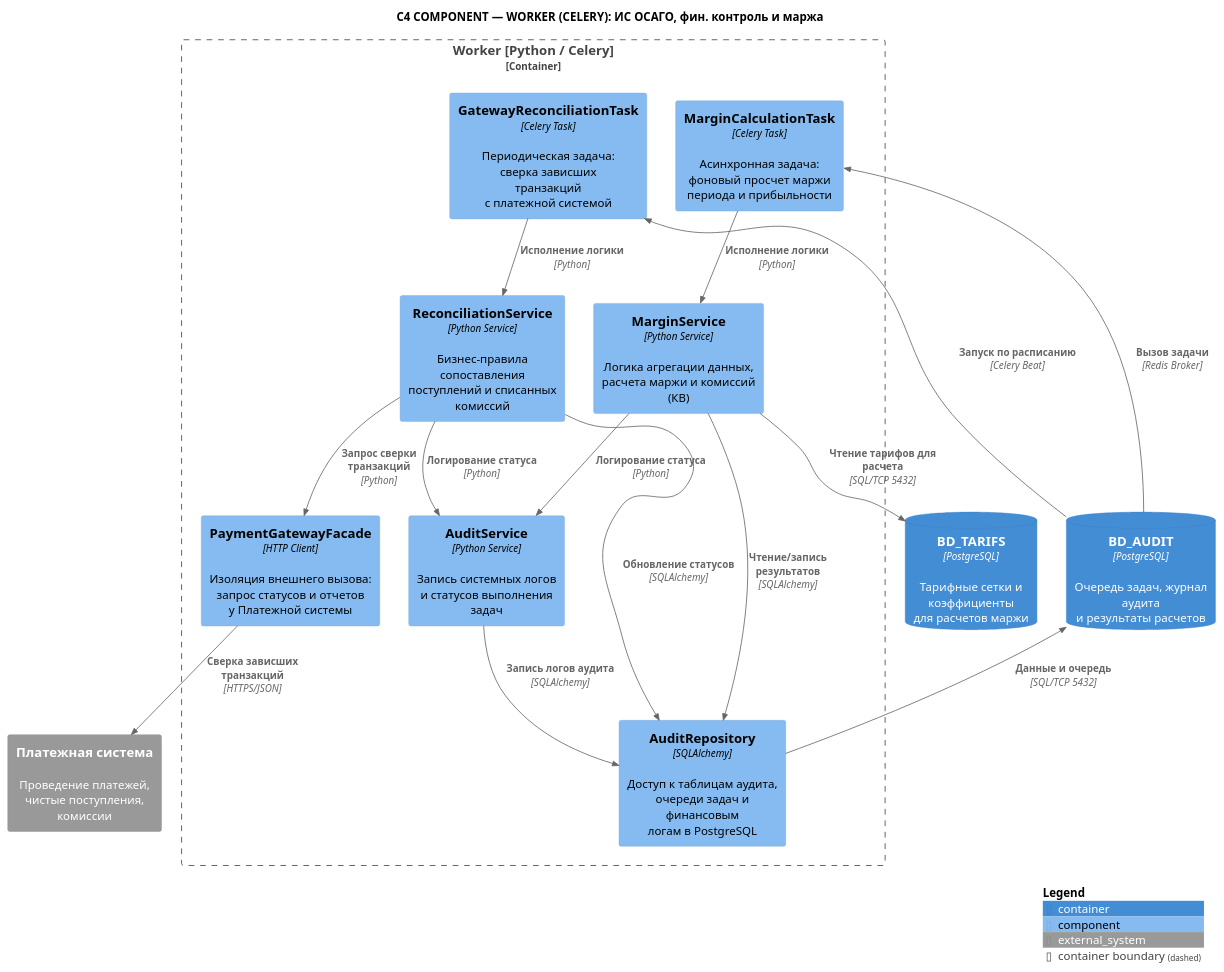
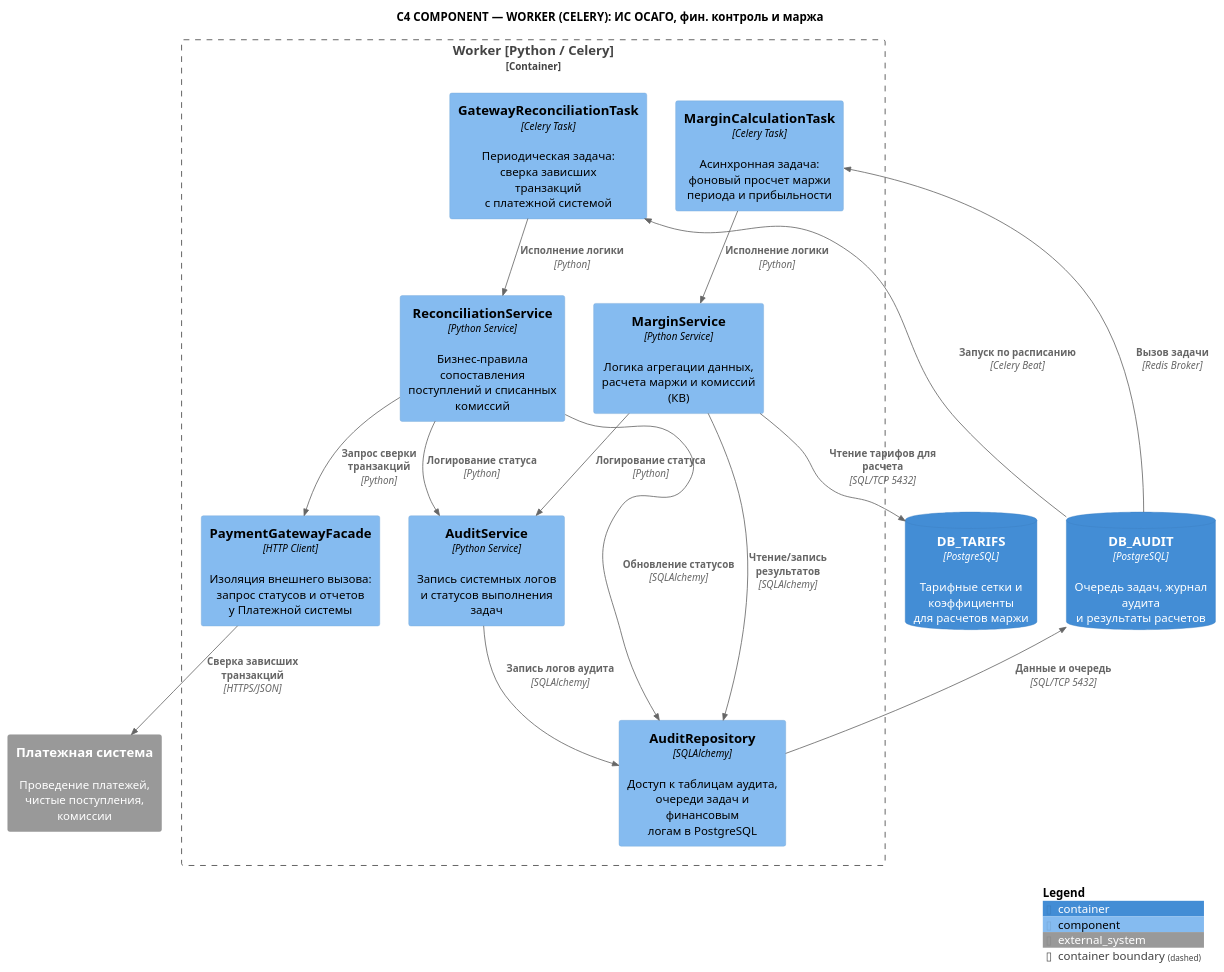
One commit to ElectricLight-ELO/Insurance-system changed the diagram in architecture/src/uscov_worker/L3_component.puml. Above: the diagram before and after it, drawn with PlantUML. The commit also changed 2 other files, not shown here.

```diff
--- a/architecture/src/uscov_worker/L3_component.puml
+++ b/architecture/src/uscov_worker/L3_component.puml
@@ -1,73 +1,73 @@
 @startuml
 !include ../core/C4_Component.puml
 
 title C4 COMPONENT — WORKER (CELERY): ИС ОСАГО, фин. контроль и маржа
 
 Container_Boundary(worker, "Worker [Python / Celery]") {
 
     ' --- Слой приема задач / consumers ---
     together {
         Component(c_margin, "MarginCalculationTask", "Celery Task", "Асинхронная задача:\nфоновый просчет маржи\nпериода и прибыльности", $tags="consumer")
         Component(c_reconcile, "GatewayReconciliationTask", "Celery Task", "Периодическая задача:\nсверка зависших транзакций\nс платежной системой", $tags="consumer")
     }
 
     ' --- Слой бизнес-логики ---
     together {
         Component(s_audit, "AuditService", "Python Service", "Запись системных логов\nи статусов выполнения задач", $tags="service")
         Component(s_margin, "MarginService", "Python Service", "Логика агрегации данных,\nрасчета маржи и комиссий (КВ)", $tags="service")
         Component(s_reconcile, "ReconciliationService", "Python Service", "Бизнес-правила сопоставления\nпоступлений и списанных комиссий", $tags="service")
     }
 
     ' --- Слой интеграции ---
     together {
         Component(f_pay, "PaymentGatewayFacade", "HTTP Client", "Изоляция внешнего вызова:\nзапрос статусов и отчетов\nу Платежной системы", $tags="integration")
     }
 
     ' --- Слой доступа к данным ---
     together {
         Component(r_audit, "AuditRepository", "SQLAlchemy", "Доступ к таблицам аудита,\nочереди задач и финансовым\nлогам в PostgreSQL", $tags="data")
     }
 }
 
 ' === ВНЕШНИЕ СИСТЕМЫ И БД (СНИЗУ) ===
 together {
-    ContainerDb(db_audit, "BD_AUDIT", "PostgreSQL", "Очередь задач, журнал аудита\nи результаты расчетов")
-    ContainerDb(db_tarifs, "BD_TARIFS", "PostgreSQL", "Тарифные сетки и коэффициенты\nдля расчетов маржи")
+    ContainerDb(db_audit, "DB_AUDIT", "PostgreSQL", "Очередь задач, журнал аудита\nи результаты расчетов")
+    ContainerDb(db_tarifs, "DB_TARIFS", "PostgreSQL", "Тарифные сетки и коэффициенты\nдля расчетов маржи")
 }
 together {
     System_Ext(payment_sys, "Платежная система", "Проведение платежей, чистые поступления, комиссии", $tags="ext")
 }
 
 ' === СВЯЗИ (RELATIONSHIPS) ===
 
 ' Очередь -> Задачи воркера
 Rel(db_audit, c_margin, "Вызов задачи", "Redis Broker", $tags="async")
 Rel(db_audit, c_reconcile, "Запуск по расписанию", "Celery Beat", $tags="async")
 
 ' Задачи -> Сервисы
 Rel(c_margin, s_margin, "Исполнение логики", "Python")
 Rel(c_reconcile, s_reconcile, "Исполнение логики", "Python")
 
 ' Сервисы -> Аудит
 Rel(s_margin, s_audit, "Логирование статуса", "Python")
 Rel(s_reconcile, s_audit, "Логирование статуса", "Python")
 
 ' Сервисы -> Фасады
 Rel(s_reconcile, f_pay, "Запрос сверки транзакций", "Python")
 
 ' Сервисы -> Репозитории
 Rel(s_margin, r_audit, "Чтение/запись результатов", "SQLAlchemy")
 Rel(s_reconcile, r_audit, "Обновление статусов", "SQLAlchemy")
 Rel(s_audit, r_audit, "Запись логов аудита", "SQLAlchemy")
 
 ' Репозитории -> БД
 Rel(r_audit, db_audit, "Данные и очередь", "SQL/TCP 5432")
 Rel(s_margin, db_tarifs, "Чтение тарифов для расчета", "SQL/TCP 5432")
 
 ' Фасад -> Внешняя система
 Rel(f_pay, payment_sys, "Сверка зависших транзакций", "HTTPS/JSON", $tags="async")
 
 ' === ЛЕГЕНДА ===
 SHOW_LEGEND()
 
 @enduml
```
